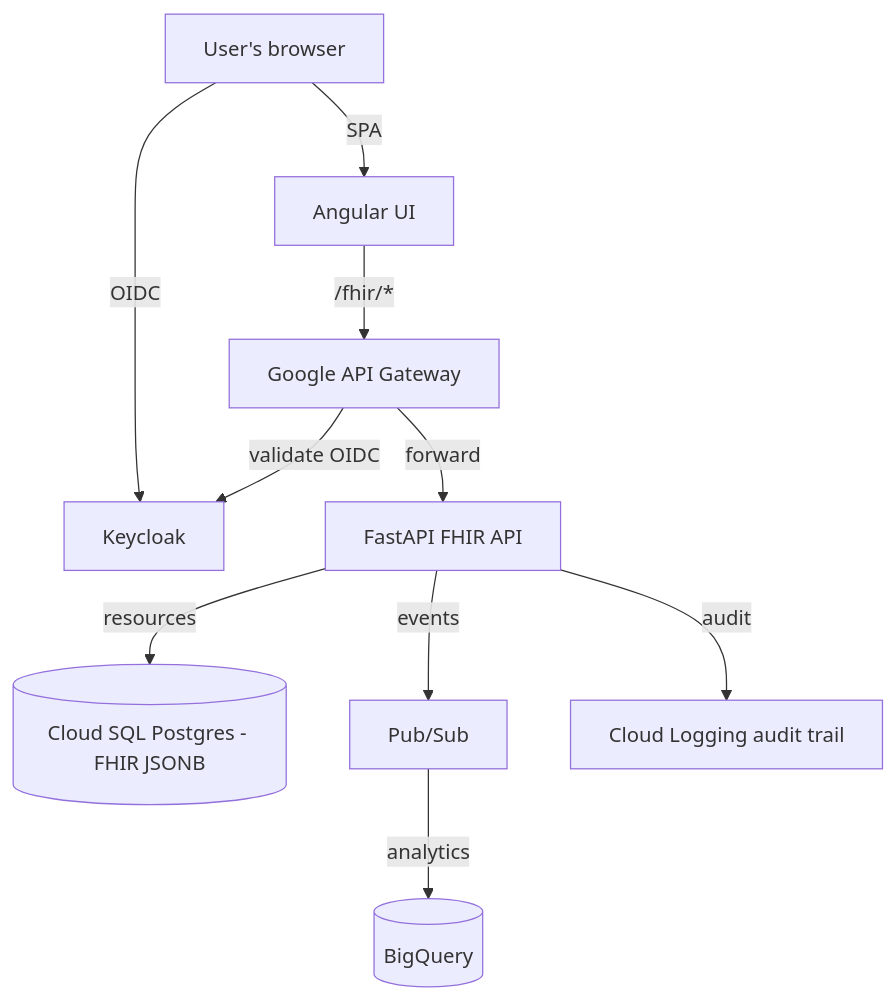
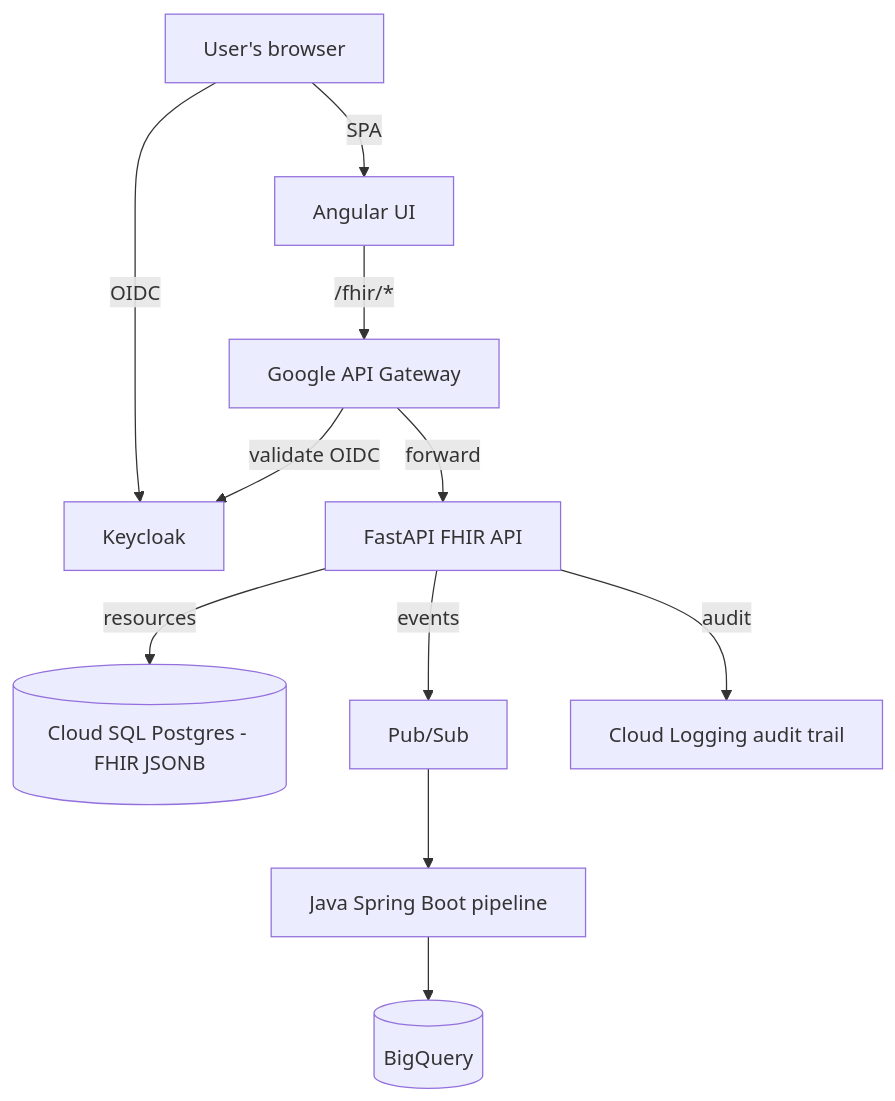
Before and after one commit to jielimanyili/fhir-healthcare-platform: the second of 5 diagrams in docs/ARCHITECTURE.md, drawn with Mermaid. The commit also changed other lines of this file and 3 other files, not shown here.

Commit message:
docs: add ADR-0004 — Java Spring Boot event pipeline (Pub/Sub → BigQuery)

````diff
--- a/docs/ARCHITECTURE.md
+++ b/docs/ARCHITECTURE.md
@@ -20,12 +20,12 @@
 ```mermaid
 flowchart TB
   U[User's browser] -->|SPA| A[Angular UI]
   U -->|OIDC| K[Keycloak]
   A -->|/fhir/*| G[Google API Gateway]
   G -->|validate OIDC| K
   G -->|forward| F[FastAPI FHIR API]
   F -->|resources| P[(Cloud SQL Postgres - FHIR JSONB)]
   F -->|events| M[Pub/Sub]
-  M -->|analytics| B[(BigQuery)]
+  M --> J[Java Spring Boot pipeline] --> B[(BigQuery)]
   F -->|audit| L[Cloud Logging audit trail]
 ```
````
